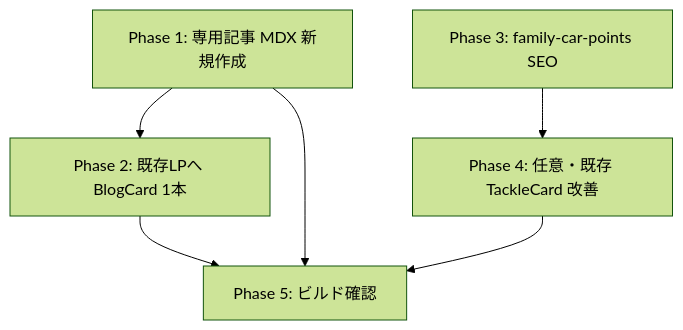
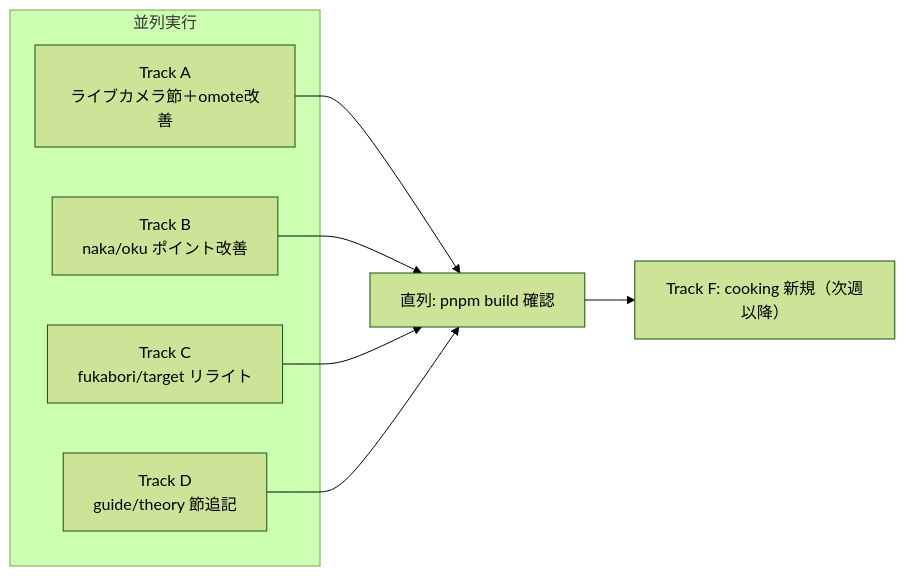
The diagram in .workspace/.task/weekly-task.md (sasisi344/cho-hamanako), drawn with Mermaid (forest theme) before and after one commit. The commit also changed other lines of this file and 16 other files, not shown here.

````diff
--- a/.workspace/.task/weekly-task.md
+++ b/.workspace/.task/weekly-task.md
@@ -142,8 +70,14 @@
 ```mermaid
-flowchart TD
-    A[Phase 1: 専用記事 MDX 新規作成] --> B[Phase 2: 既存LPへ BlogCard 1本]
-    C[Phase 3: family-car-points SEO] --> D[Phase 4: 任意・既存 TackleCard 改善]
-    B --> E[Phase 5: ビルド確認]
+flowchart LR
+    subgraph 並列実行
+        A[Track A<br>ライブカメラ節＋omote改善]
+        B[Track B<br>naka/oku ポイント改善]
+        C[Track C<br>fukabori/target リライト]
+        D[Track D<br>guide/theory 節追記]
+    end
+    A --> E[直列: pnpm build 確認]
+    B --> E
+    C --> E
     D --> E
-    A --> E
+    E --> F[Track F: cooking 新規（次週以降）]
 ```
````
